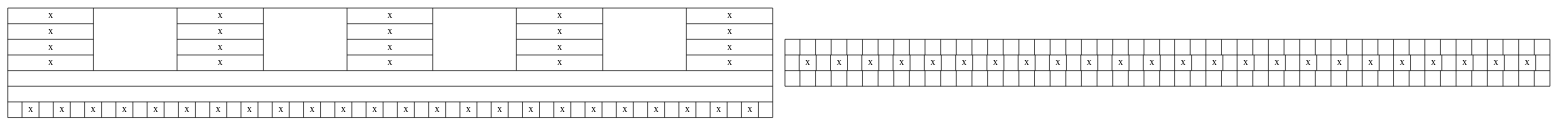
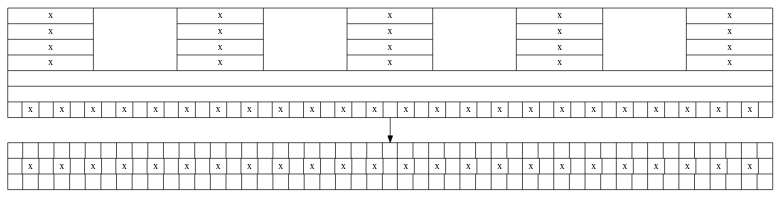
The diagram in projekter/patch-paneler.dot (alslug/alslug.dk), drawn with Graphviz before and after one commit.

```diff
--- a/projekter/patch-paneler.dot
+++ b/projekter/patch-paneler.dot
@@ -1,17 +1,18 @@
 digraph xxx {
   bib_patch [ shape=record label="{
   					{
 						{x|x|x|x}||
 						{x|x|x|x}||
 						{x|x|x|x}||
 						{x|x|x|x}||
 						{x|x|x|x}
 					}|||
 					{|x||x||x||x||x||x||x||x||x||x||x||x||x||x||x||x||x||x||x||x||x||x||x||x|}
-					}" ];
+				   }" ];
   alslug_patch [ shape=record label="{
 					{ | | | | | | | | | | | | | | | | | | | | | | | | | | | | | | | | | | | | | | | | | | | | | | | | }|
 					{ |x| |x| |x| |x| |x| |x| |x| |x| |x| |x| |x| |x| |x| |x| |x| |x| |x| |x| |x| |x| |x| |x| |x| |x| }|
 					{ | | | | | | | | | | | | | | | | | | | | | | | | | | | | | | | | | | | | | | | | | | | | | | | | }
-          }" ];  
+                                      }" ];
+  bib_patch -> alslug_patch;
 }
```
